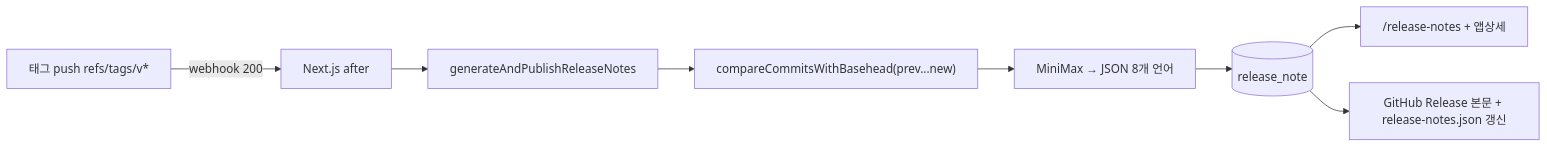
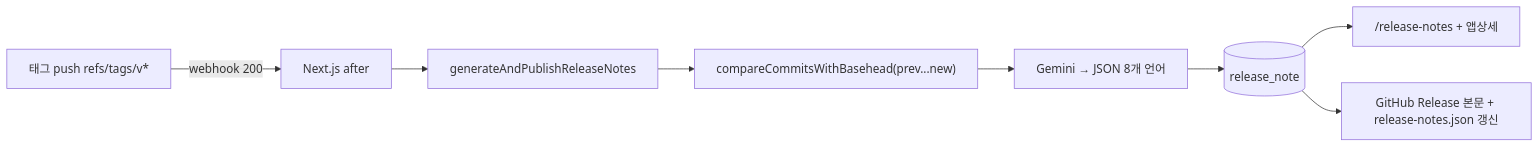
Before and after one commit to seorilabs/seorilabs-backoffice: the diagram in docs/DEPLOY.md, drawn with Mermaid. The commit also changed other lines of this file and 28 other files, not shown here.

````diff
--- a/docs/DEPLOY.md
+++ b/docs/DEPLOY.md
@@ -212,8 +214,8 @@
 ```mermaid
 flowchart LR
   TAG["태그 push refs/tags/v*"] -->|webhook 200| AFTER["Next.js after"]
   AFTER --> GEN["generateAndPublishReleaseNotes"]
-  GEN --> CMP["compareCommitsWithBasehead(prev...new)"] --> MM["MiniMax → JSON 8개 언어"] --> DB[("release_note")]
+  GEN --> CMP["compareCommitsWithBasehead(prev...new)"] --> AI["Gemini → JSON 8개 언어"] --> DB[("release_note")]
   DB --> UI["/release-notes + 앱상세"]
   DB --> GH["GitHub Release 본문 + release-notes.json 갱신"]
 ```
````
